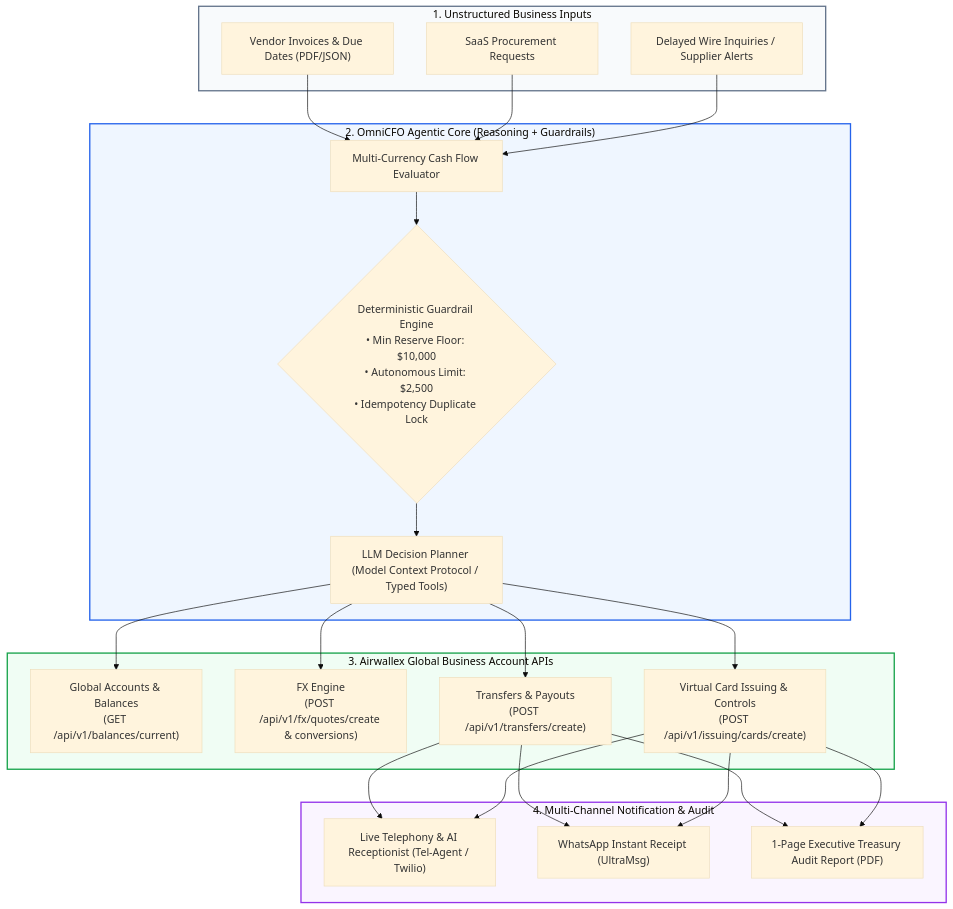
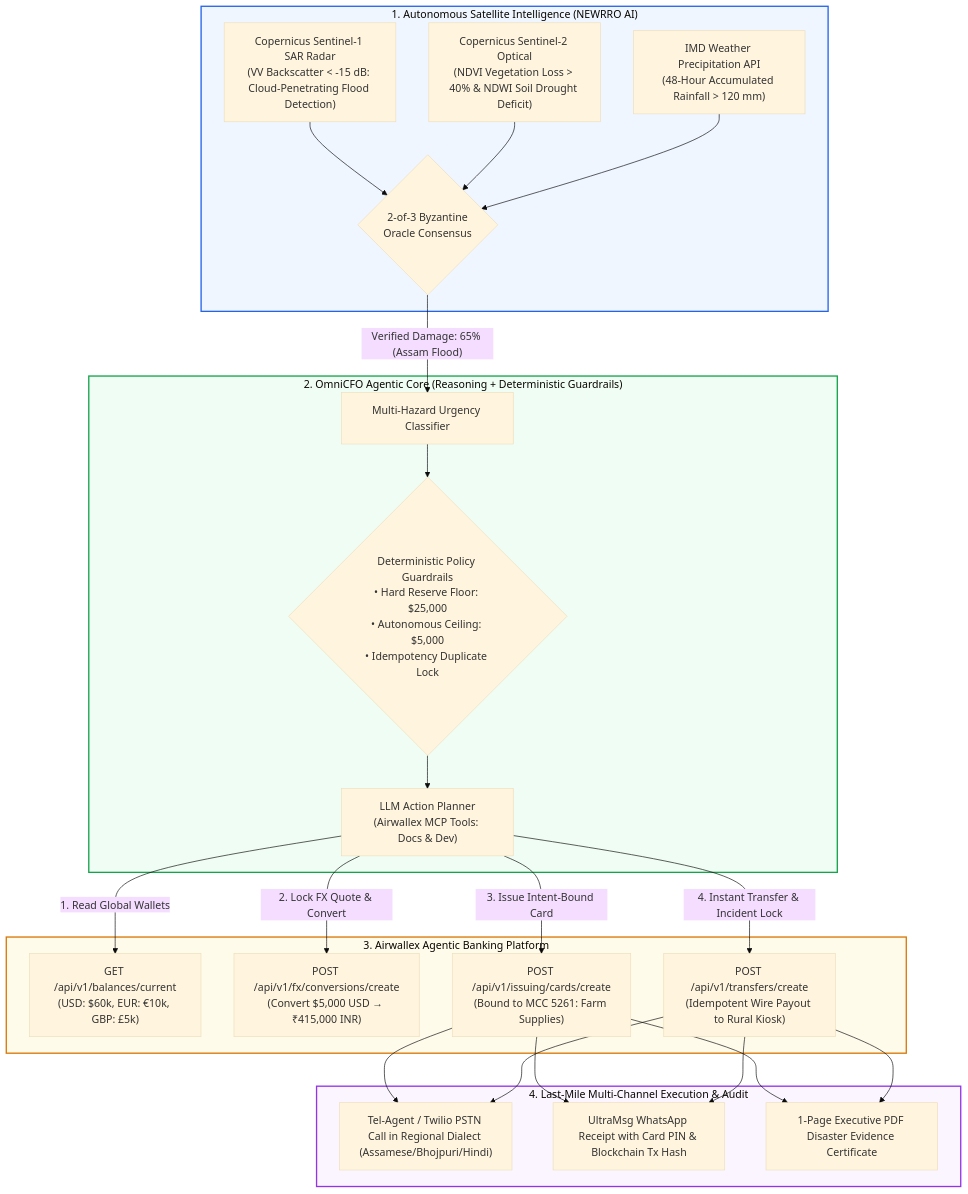
Before and after one commit to Janaki1711/Agentic_Banking: the diagram in README.md, drawn with Mermaid (base theme). The commit also changed other lines of this file, not shown here.

Commit message:
docs: complete in-depth AgriTrust Agentic idea submission proposal for Airwallex Developer Lab

````diff
--- a/README.md
+++ b/README.md
@@ -43,45 +59,34 @@
 ```mermaid
 flowchart TD
-    subgraph Inputs["1. Unstructured Business Inputs"]
-        A["Vendor Invoices & Due Dates (PDF/JSON)"]
-        B["SaaS Procurement Requests"]
-        C["Delayed Wire Inquiries / Supplier Alerts"]
+    subgraph Data_Layer["1. Autonomous Satellite Intelligence (NEWRRO AI)"]
+        A["Copernicus Sentinel-1 SAR Radar\n(VV Backscatter < -15 dB: Cloud-Penetrating Flood Detection)"]
+        B["Copernicus Sentinel-2 Optical\n(NDVI Vegetation Loss > 40% & NDWI Soil Drought Deficit)"]
+        C["IMD Weather Precipitation API\n(48-Hour Accumulated Rainfall > 120 mm)"]
+        
+        A & B & C --> D{"2-of-3 Byzantine\nOracle Consensus"}
     end
 
-    subgraph Agentic_Core["2. OmniCFO Agentic Core (Reasoning + Guardrails)"]
-        D["Multi-Currency Cash Flow Evaluator"]
-        E{"Deterministic Guardrail Engine\n• Min Reserve Floor: $10,000\n• Autonomous Limit: $2,500\n• Idempotency Duplicate Lock"}
-        F["LLM Decision Planner (Model Context Protocol / Typed Tools)"]
-        
-        A & B & C --> D
-        D --> E
-        E --> F
+    subgraph Agentic_Decision["2. OmniCFO Agentic Core (Reasoning + Deterministic Guardrails)"]
+        D -- "Verified Damage: 65% (Assam Flood)" --> E["Multi-Hazard Urgency Classifier"]
+        E --> F{"Deterministic Policy Guardrails\n• Hard Reserve Floor: $25,000\n• Autonomous Ceiling: $5,000\n• Idempotency Duplicate Lock"}
+        F --> G["LLM Action Planner\n(Airwallex MCP Tools: Docs & Dev)"]
     end
 
-    subgraph Airwallex_APIs["3. Airwallex Global Business Account APIs"]
-        G["Global Accounts & Balances\n(GET /api/v1/balances/current)"]
-        H["FX Engine\n(POST /api/v1/fx/quotes/create & conversions)"]
-        I["Transfers & Payouts\n(POST /api/v1/transfers/create)"]
-        J["Virtual Card Issuing & Controls\n(POST /api/v1/issuing/cards/create)"]
-        
-        F --> G
-        F --> H
-        F --> I
-        F --> J
+    subgraph Airwallex_Platform["3. Airwallex Agentic Banking Platform"]
+        G -- "1. Read Global Wallets" --> H["GET /api/v1/balances/current\n(USD: $60k, EUR: €10k, GBP: £5k)"]
+        G -- "2. Lock FX Quote & Convert" --> I["POST /api/v1/fx/conversions/create\n(Convert $5,000 USD → ₹415,000 INR)"]
+        G -- "3. Issue Intent-Bound Card" --> J["POST /api/v1/issuing/cards/create\n(Bound to MCC 5261: Farm Supplies)"]
+        G -- "4. Instant Transfer & Incident Lock" --> K["POST /api/v1/transfers/create\n(Idempotent Wire Payout to Rural Kiosk)"]
     end
 
-    subgraph MultiChannel_Delivery["4. Multi-Channel Notification & Audit"]
-        K["Live Telephony & AI Receptionist (Tel-Agent / Twilio)"]
-        L["WhatsApp Instant Receipt (UltraMsg)"]
-        M["1-Page Executive Treasury Audit Report (PDF)"]
-        
-        I & J --> K
-        I & J --> L
-        I & J --> M
+    subgraph MultiChannel_Audit["4. Last-Mile Multi-Channel Execution & Audit"]
+        J & K --> L["Tel-Agent / Twilio PSTN Call in Regional Dialect (Assamese/Bhojpuri/Hindi)"]
+        J & K --> M["UltraMsg WhatsApp Receipt with Card PIN & Blockchain Tx Hash"]
+        J & K --> N["1-Page Executive PDF Disaster Evidence Certificate"]
     end
 
-    style Inputs fill:#f8fafc,stroke:#64748b,stroke-width:2px
-    style Agentic_Core fill:#eff6ff,stroke:#2563eb,stroke-width:2px
-    style Airwallex_APIs fill:#f0fdf4,stroke:#16a34a,stroke-width:2px
-    style MultiChannel_Delivery fill:#faf5ff,stroke:#9333ea,stroke-width:2px
+    style Data_Layer fill:#eff6ff,stroke:#2563eb,stroke-width:2px
+    style Agentic_Decision fill:#f0fdf4,stroke:#16a34a,stroke-width:2px
+    style Airwallex_Platform fill:#fffbeb,stroke:#d97706,stroke-width:2px
+    style MultiChannel_Audit fill:#faf5ff,stroke:#9333ea,stroke-width:2px
 ```
````
